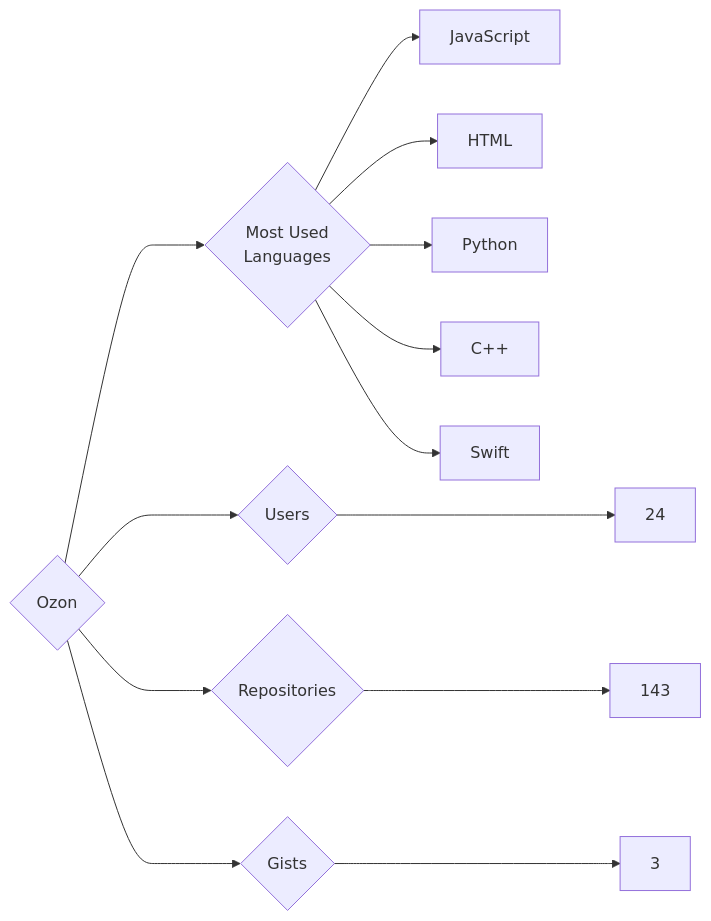
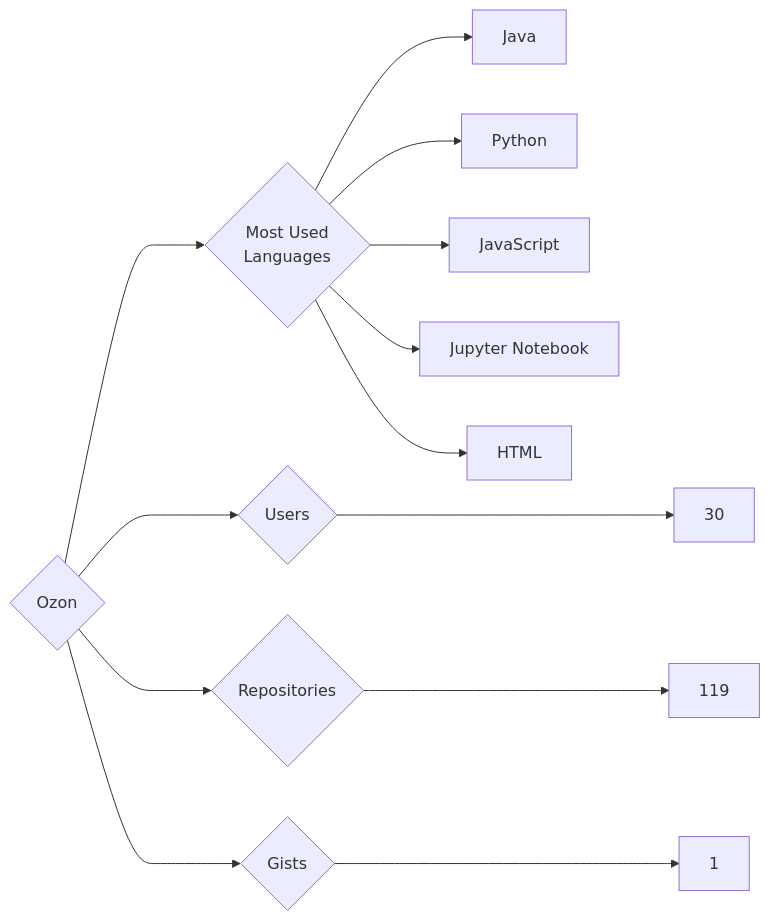
The diagram in targets/Ozon/README.md (trickest/insiders), drawn with Mermaid before and after one commit. The commit also changed 814 other files, not shown here.

````diff
--- a/targets/Ozon/README.md
+++ b/targets/Ozon/README.md
@@ -3,13 +3,13 @@
 ```mermaid
 graph LR
 COMPANY_NAME{Ozon}
-COMPANY_NAME ---> U{Users} ---> UN[24]
-COMPANY_NAME ---> R{Repositories} ---> RN[143]
-COMPANY_NAME ---> G{Gists} ---> GN[3]
+COMPANY_NAME ---> U{Users} ---> UN[30]
+COMPANY_NAME ---> R{Repositories} ---> RN[119]
+COMPANY_NAME ---> G{Gists} ---> GN[1]
 COMPANY_NAME ---> ML{Most Used<br>Languages}
+ML --> Java[Java]
+ML --> Python[Python]
 ML --> JavaScript[JavaScript]
+ML --> Jupyter_Notebook[Jupyter Notebook]
 ML --> HTML[HTML]
-ML --> Python[Python]
-ML --> C++[C++]
-ML --> Swift[Swift]
 ```
````
